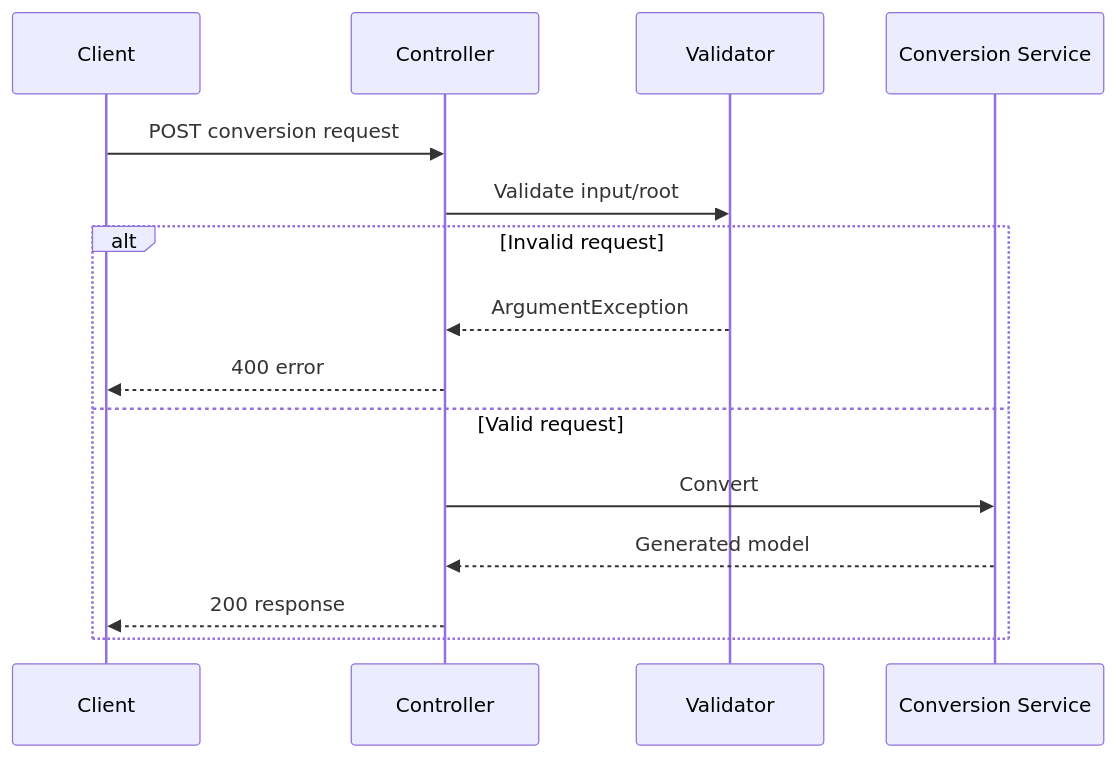
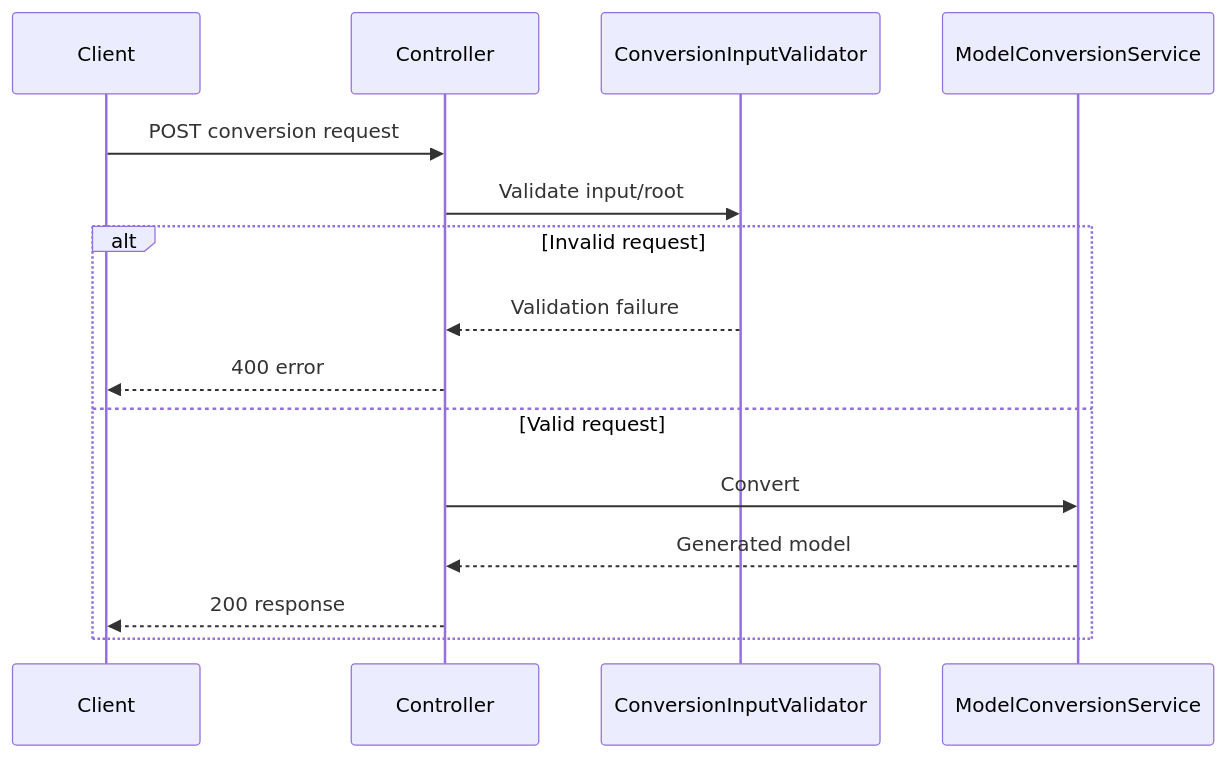
The third of 3 diagrams in docs/architecture.md (azam123/DevPilot), drawn with Mermaid before and after one commit. The commit also changed other lines of this file, not shown here.

Commit message:
docs: document utility request flow

````diff
--- a/docs/architecture.md
+++ b/docs/architecture.md
@@ -20,18 +41,18 @@
 ```mermaid
 sequenceDiagram
     participant C as Client
     participant A as Controller
-    participant V as Validator
-    participant S as Conversion Service
+    participant V as ConversionInputValidator
+    participant S as ModelConversionService
 
     C->>A: POST conversion request
     A->>V: Validate input/root
     alt Invalid request
-        V-->>A: ArgumentException
+        V-->>A: Validation failure
         A-->>C: 400 error
     else Valid request
         A->>S: Convert
         S-->>A: Generated model
         A-->>C: 200 response
     end
 ```
````
